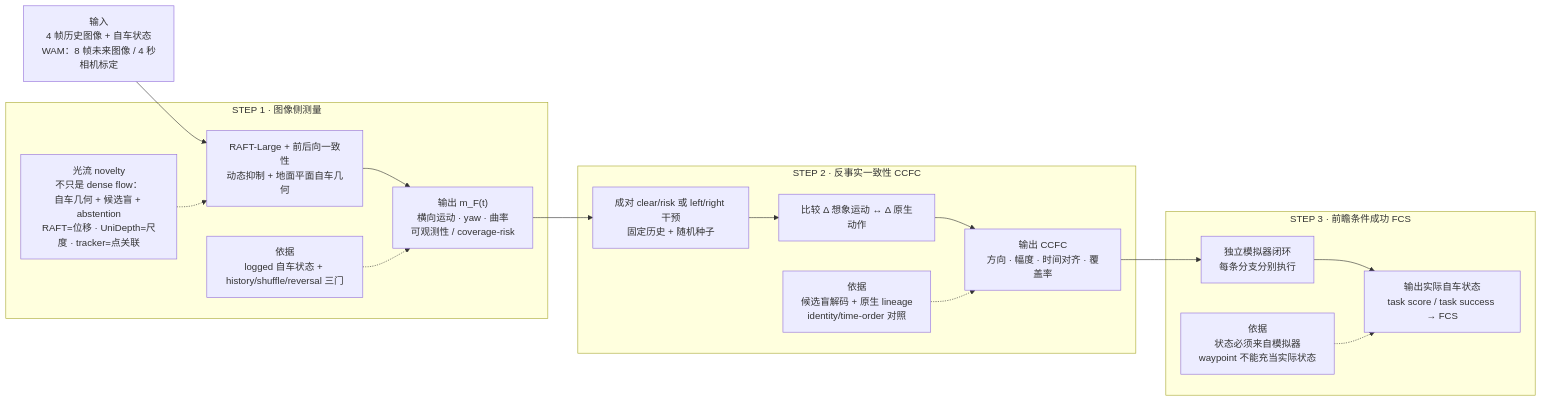
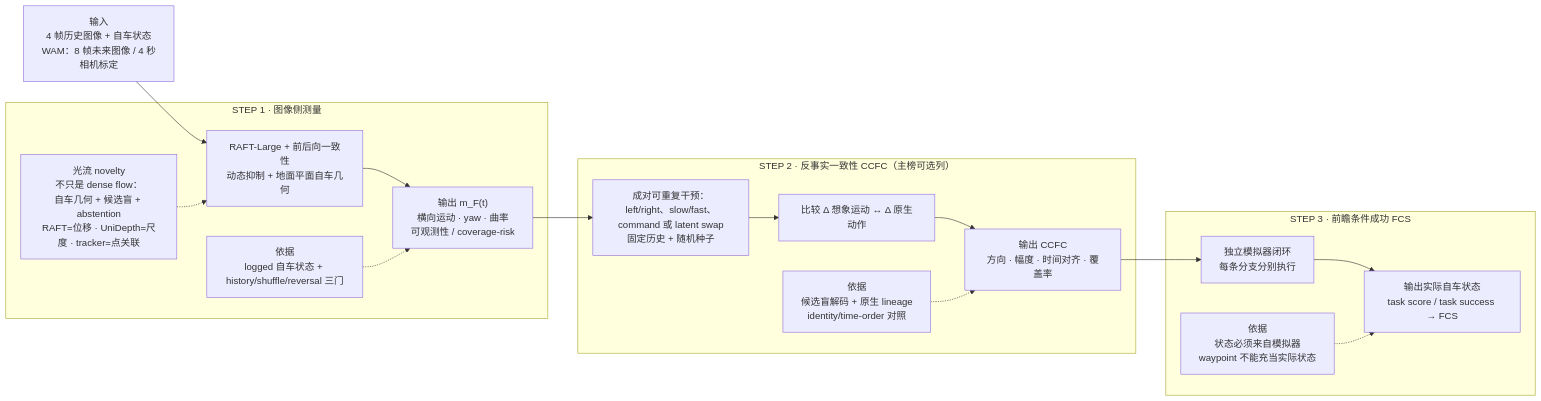
One commit to RiseBun/IAC-iclr changed the diagram in README.md. Above: the diagram before and after it, drawn with Mermaid. The commit also changed other lines of this file and 9 other files, not shown here.

````diff
--- a/README.md
+++ b/README.md
@@ -29,30 +30,30 @@
 ```mermaid
 flowchart LR
     I["输入<br/>4 帧历史图像 + 自车状态<br/>WAM：8 帧未来图像 / 4 秒<br/>相机标定"] --> A
     subgraph S1["STEP 1 · 图像侧测量"]
         A["RAFT-Large + 前后向一致性<br/>动态抑制 + 地面平面自车几何"]
         N["光流 novelty<br/>不只是 dense flow：<br/>自车几何 + 候选盲 + abstention<br/>RAFT=位移 · UniDepth=尺度 · tracker=点关联"]
         O["输出 m_F(t)<br/>横向运动 · yaw · 曲率<br/>可观测性 / coverage-risk"]
         B["依据<br/>logged 自车状态 + history/shuffle/reversal 三门"]
         A --> O
         N -.-> A
         B -.-> O
     end
     O --> D
-    subgraph S2["STEP 2 · 反事实一致性 CCFC"]
-        D["成对 clear/risk 或 left/right 干预<br/>固定历史 + 随机种子"]
+    subgraph S2["STEP 2 · 反事实一致性 CCFC（主榜可选列）"]
+        D["成对可重复干预：left/right、slow/fast、command 或 latent swap<br/>固定历史 + 随机种子"]
         C["比较 Δ 想象运动 ↔ Δ 原生动作"]
         Q["输出 CCFC<br/>方向 · 幅度 · 时间对齐 · 覆盖率"]
         E["依据<br/>候选盲解码 + 原生 lineage<br/>identity/time-order 对照"]
         D --> C --> Q
         E -.-> Q
     end
     Q --> R
     subgraph S3["STEP 3 · 前瞻条件成功 FCS"]
         R["独立模拟器闭环<br/>每条分支分别执行"]
         T["输出实际自车状态<br/>task score / task success → FCS"]
         U["依据<br/>状态必须来自模拟器<br/>waypoint 不能充当实际状态"]
         R --> T
         U -.-> T
     end
 ```
````
